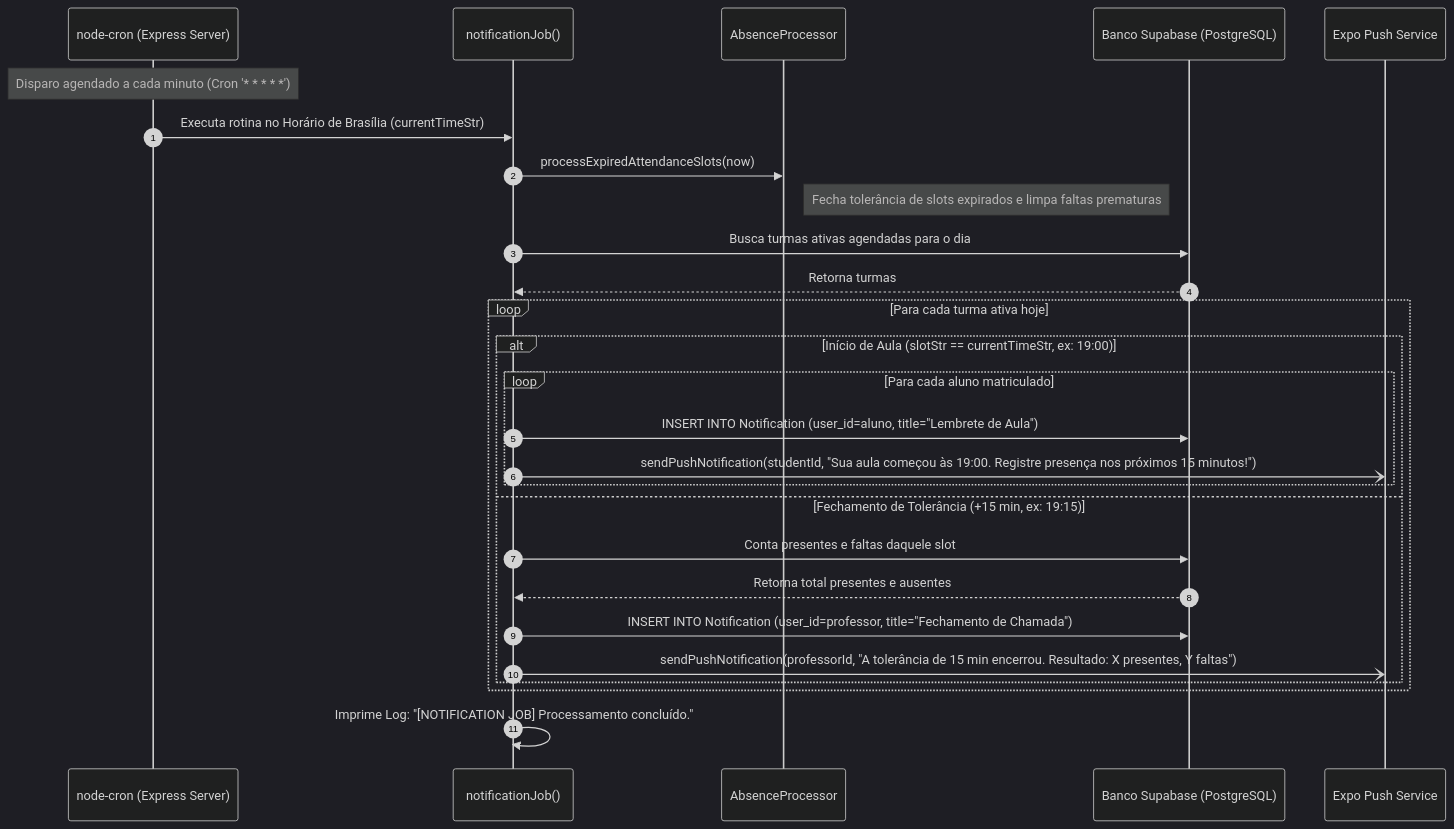
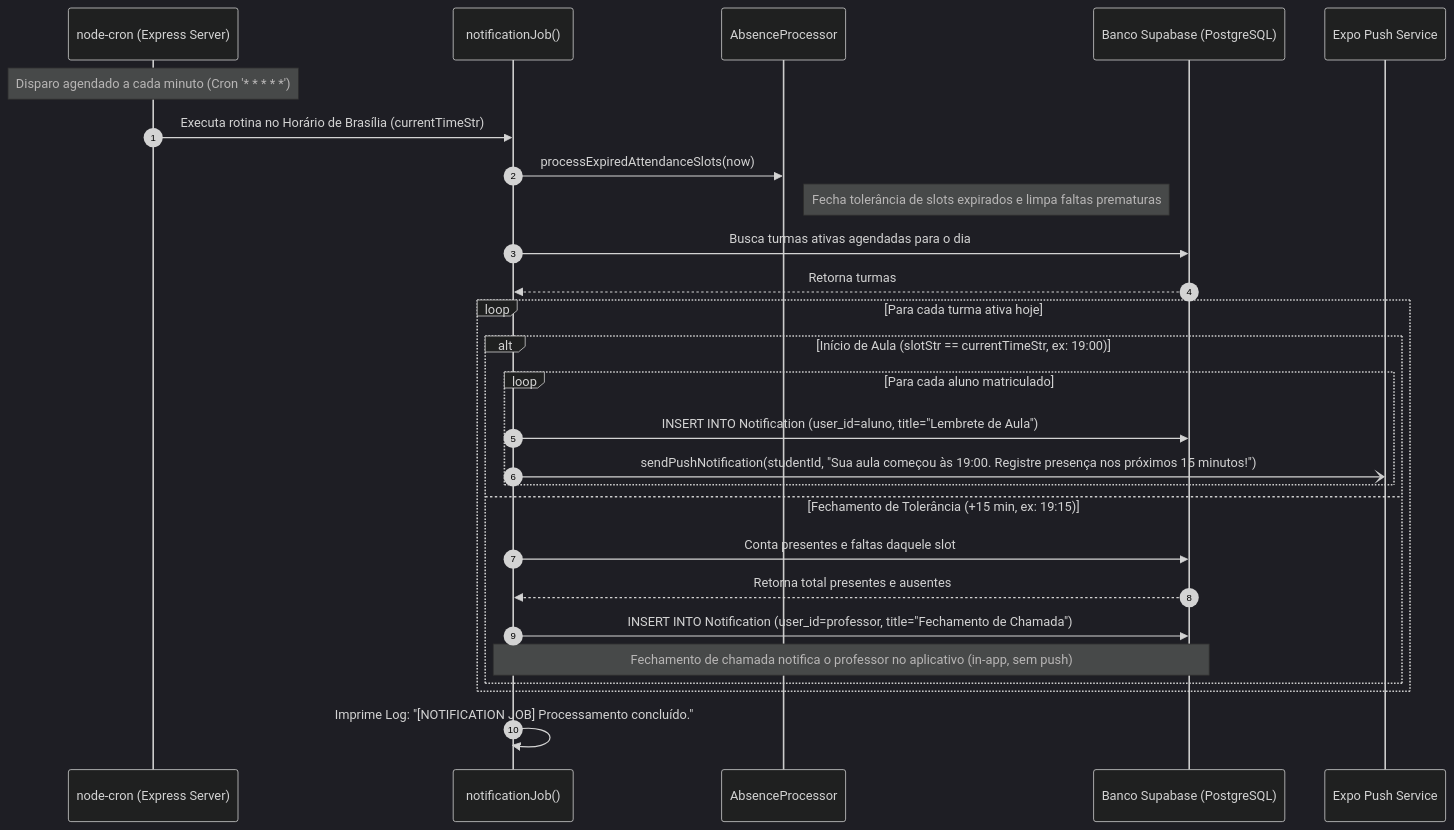
One commit to caneschi-lais/geoclass changed diagram 17 of 24 in documentacao/diagramas/fluxos.md. Above: the diagram before and after it, drawn with Mermaid (dark theme). The commit also changed other lines of this file and 12 other files, not shown here.

````diff
--- a/documentacao/diagramas/fluxos.md
+++ b/documentacao/diagramas/fluxos.md
@@ -612,32 +610,32 @@
 ```mermaid
 sequenceDiagram
     autonumber
     participant Cron as node-cron (Express Server)
     participant Job as notificationJob()
     participant Absence as AbsenceProcessor
     participant DB as Banco Supabase (PostgreSQL)
     participant Push as Expo Push Service
 
     note over Cron: Disparo agendado a cada minuto (Cron '* * * * *')
     Cron->>Job: Executa rotina no Horário de Brasília (currentTimeStr)
     Job->>Absence: processExpiredAttendanceSlots(now)
     note right of Absence: Fecha tolerância de slots expirados e limpa faltas prematuras
 
     Job->>DB: Busca turmas ativas agendadas para o dia
     DB-->>Job: Retorna turmas
 
     loop Para cada turma ativa hoje
         alt Início de Aula (slotStr == currentTimeStr, ex: 19:00)
             loop Para cada aluno matriculado
                 Job->>DB: INSERT INTO Notification (user_id=aluno, title="Lembrete de Aula")
                 Job-)Push: sendPushNotification(studentId, "Sua aula começou às 19:00. Registre presença nos próximos 15 minutos!")
             end
         else Fechamento de Tolerância (+15 min, ex: 19:15)
             Job->>DB: Conta presentes e faltas daquele slot
             DB-->>Job: Retorna total presentes e ausentes
             Job->>DB: INSERT INTO Notification (user_id=professor, title="Fechamento de Chamada")
-            Job-)Push: sendPushNotification(professorId, "A tolerância de 15 min encerrou. Resultado: X presentes, Y faltas")
+            Note over Job,DB: Fechamento de chamada notifica o professor no aplicativo (in-app, sem push)
         end
     end
     Job->>Job: Imprime Log: "[NOTIFICATION JOB] Processamento concluído."
 ```
````
